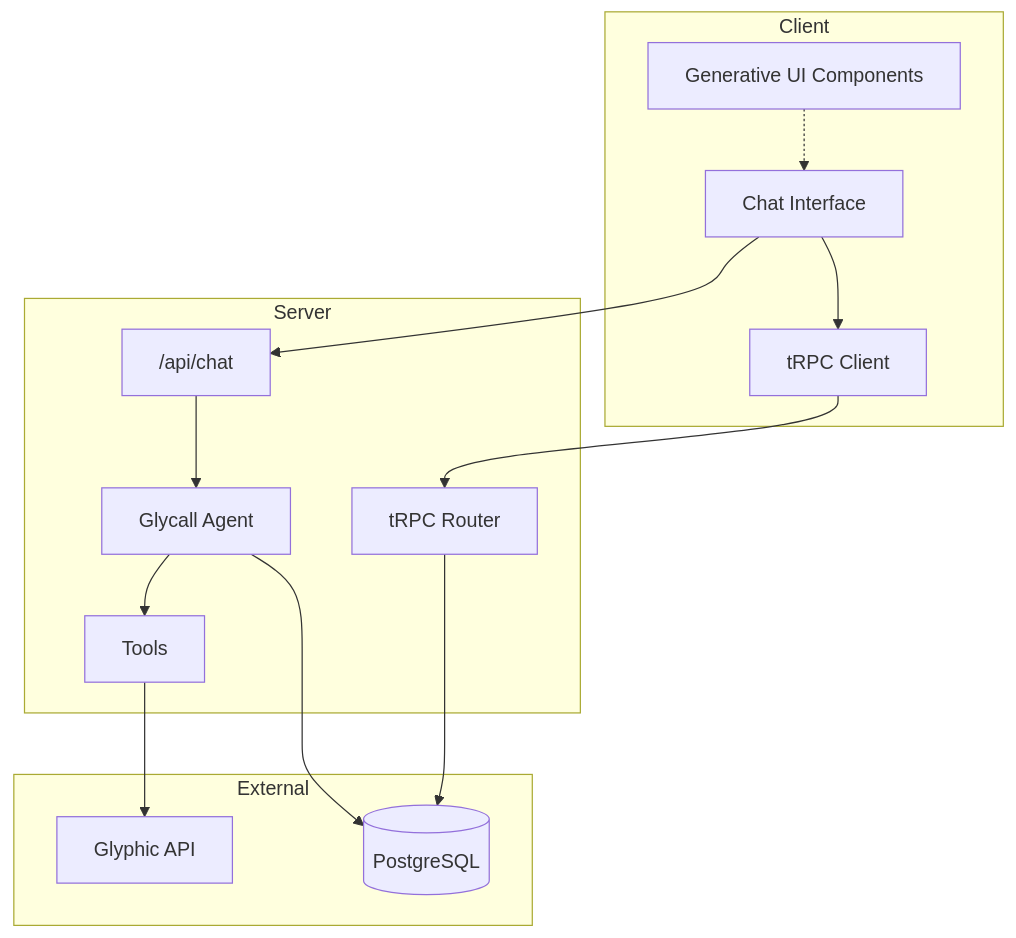
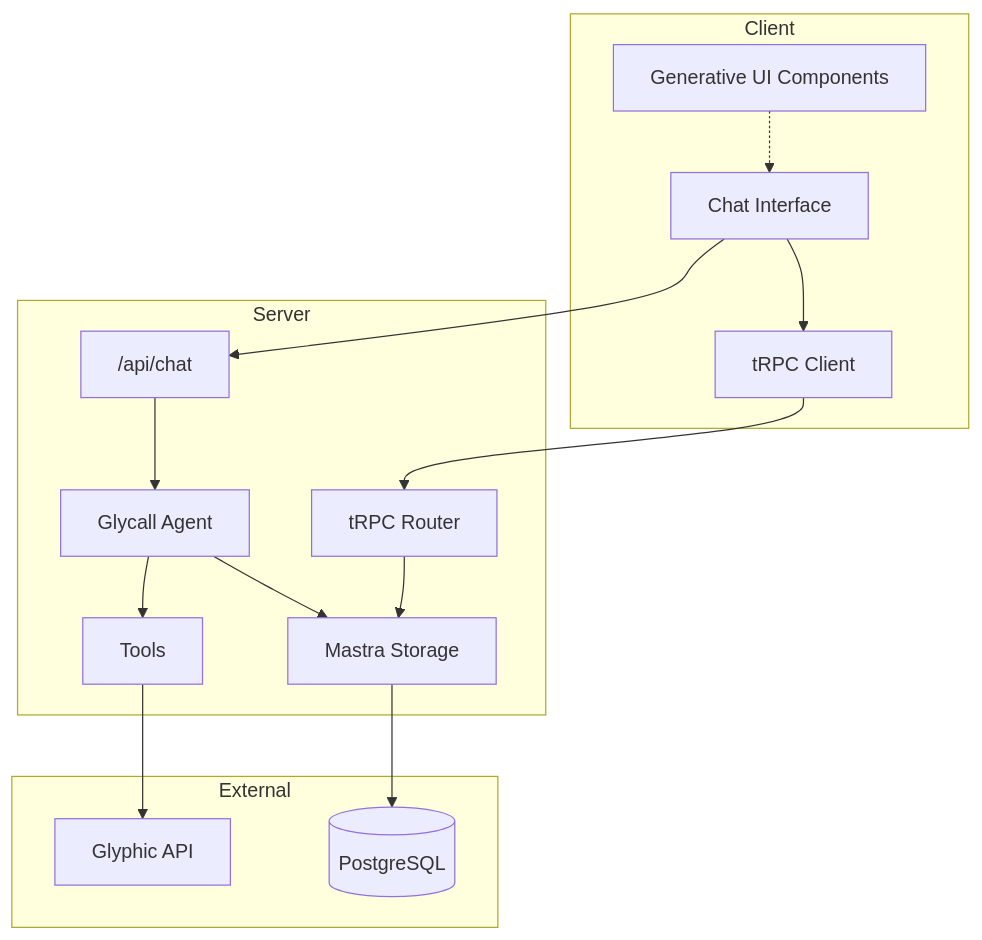
Before and after one commit to sheikhuzairhussain/glycall: the diagram in README.md, drawn with Mermaid.

Commit message:
Update README to include Mastra Storage integration: Add Mastra Storage to the architecture diagram and update agent and tRPC Router references to reflect the new storage component, enhancing clarity on data flow.

````diff
--- a/README.md
+++ b/README.md
@@ -36,30 +36,32 @@
 ```mermaid
 flowchart TB
     subgraph client [Client]
         ChatUI[Chat Interface]
         GenUI[Generative UI Components]
         tRPCClient[tRPC Client]
     end
     
     subgraph server [Server]
         ChatAPI["/api/chat"]
         tRPCRouter[tRPC Router]
         Agent[Glycall Agent]
         Tools[Tools]
+        MastraStorage[Mastra Storage]
     end
     
     subgraph external [External]
         GlyphicAPI[Glyphic API]
         Postgres[(PostgreSQL)]
     end
     
     ChatUI --> ChatAPI
     ChatUI --> tRPCClient
     tRPCClient --> tRPCRouter
     ChatAPI --> Agent
     Agent --> Tools
     Tools --> GlyphicAPI
-    Agent --> Postgres
-    tRPCRouter --> Postgres
+    Agent --> MastraStorage
+    tRPCRouter --> MastraStorage
+    MastraStorage --> Postgres
     GenUI -.-> ChatUI
 ```
````
